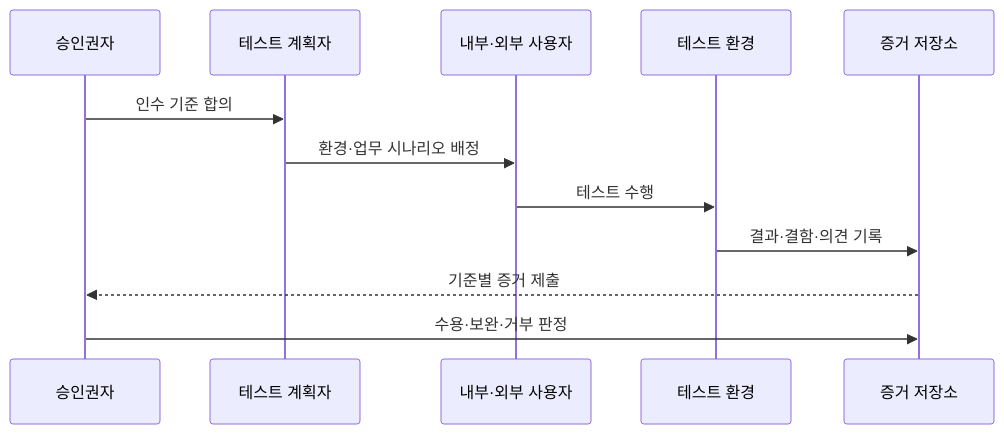
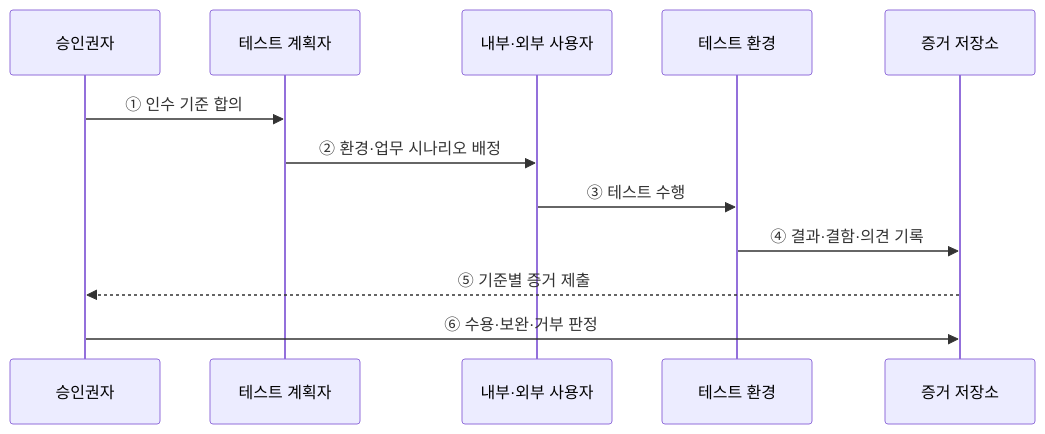
Before and after one commit to agnusdei1207/knowledge-base: the second of 2 diagrams in src/content/docs/notes/03-software/062_alpha_beta_acceptance_testing.md, drawn with Mermaid. The commit also changed other lines of this file and 20 other files, not shown here.

````diff
--- a/src/content/docs/notes/03-software/062_alpha_beta_acceptance_testing.md
+++ b/src/content/docs/notes/03-software/062_alpha_beta_acceptance_testing.md
@@ -81,14 +69,14 @@
 ```mermaid
 sequenceDiagram
     participant A as 승인권자
     participant P as 테스트 계획자
     participant U as 내부·외부 사용자
     participant E as 테스트 환경
     participant R as 증거 저장소
-    A->>P: 인수 기준 합의
-    P->>U: 환경·업무 시나리오 배정
-    U->>E: 테스트 수행
-    E->>R: 결과·결함·의견 기록
-    R-->>A: 기준별 증거 제출
-    A->>R: 수용·보완·거부 판정
+    A->>P: ① 인수 기준 합의
+    P->>U: ② 환경·업무 시나리오 배정
+    U->>E: ③ 테스트 수행
+    E->>R: ④ 결과·결함·의견 기록
+    R-->>A: ⑤ 기준별 증거 제출
+    A->>R: ⑥ 수용·보완·거부 판정
 ```
````
